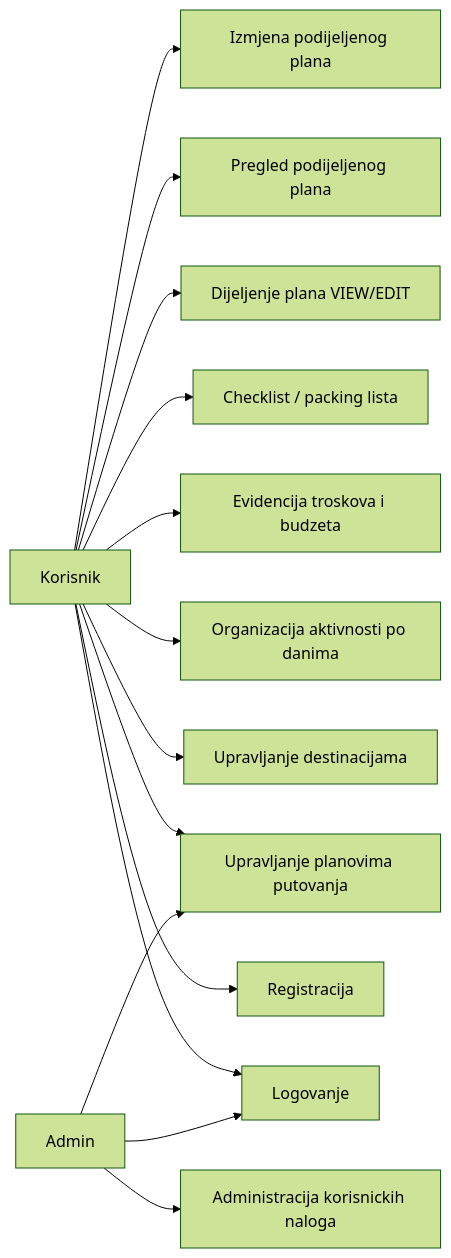
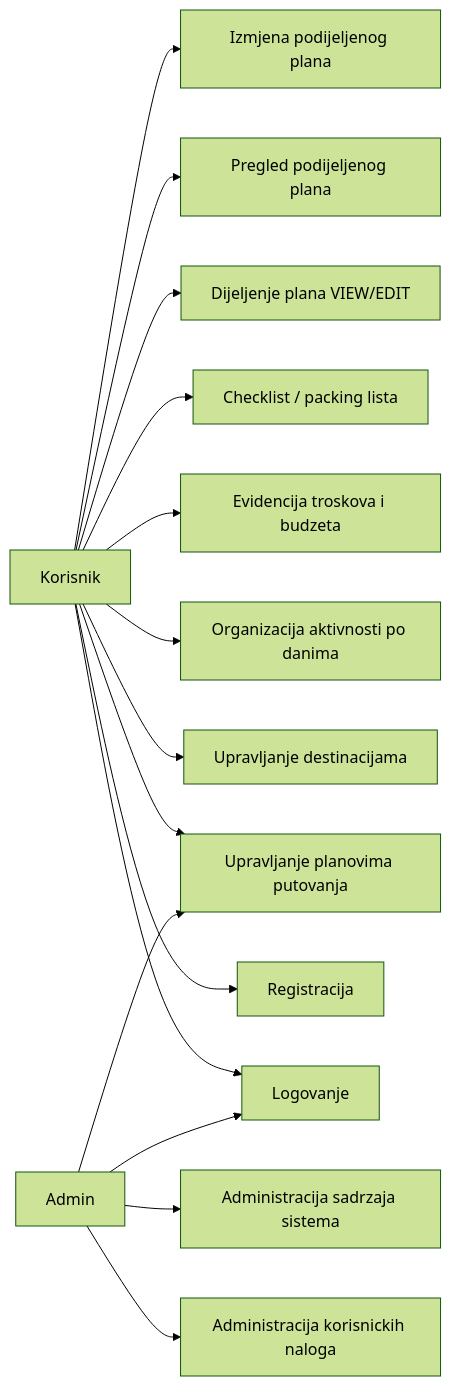
Before and after one commit to nemanja624/Travel-Planner: the diagram in Diagrams/use-cases.md, drawn with Mermaid (forest theme). The commit also changed 12 other files, not shown here.

Commit message:
Add admin trip content management

````diff
--- a/Diagrams/use-cases.md
+++ b/Diagrams/use-cases.md
@@ -3,31 +3,33 @@
 ```mermaid
 flowchart LR
     User["Korisnik"]
     Admin["Admin"]
 
     Register["Registracija"]
     Login["Logovanje"]
     ManageTrips["Upravljanje planovima putovanja"]
     ManageDestinations["Upravljanje destinacijama"]
     ManageActivities["Organizacija aktivnosti po danima"]
     ManageExpenses["Evidencija troskova i budzeta"]
     ManageChecklist["Checklist / packing lista"]
     ShareTrip["Dijeljenje plana VIEW/EDIT"]
     ViewShared["Pregled podijeljenog plana"]
     EditShared["Izmjena podijeljenog plana"]
     AdminUsers["Administracija korisnickih naloga"]
+    AdminContent["Administracija sadrzaja sistema"]
 
     User --> Register
     User --> Login
     User --> ManageTrips
     User --> ManageDestinations
     User --> ManageActivities
     User --> ManageExpenses
     User --> ManageChecklist
     User --> ShareTrip
     User --> ViewShared
     User --> EditShared
     Admin --> Login
     Admin --> AdminUsers
+    Admin --> AdminContent
     Admin --> ManageTrips
 ```
````
